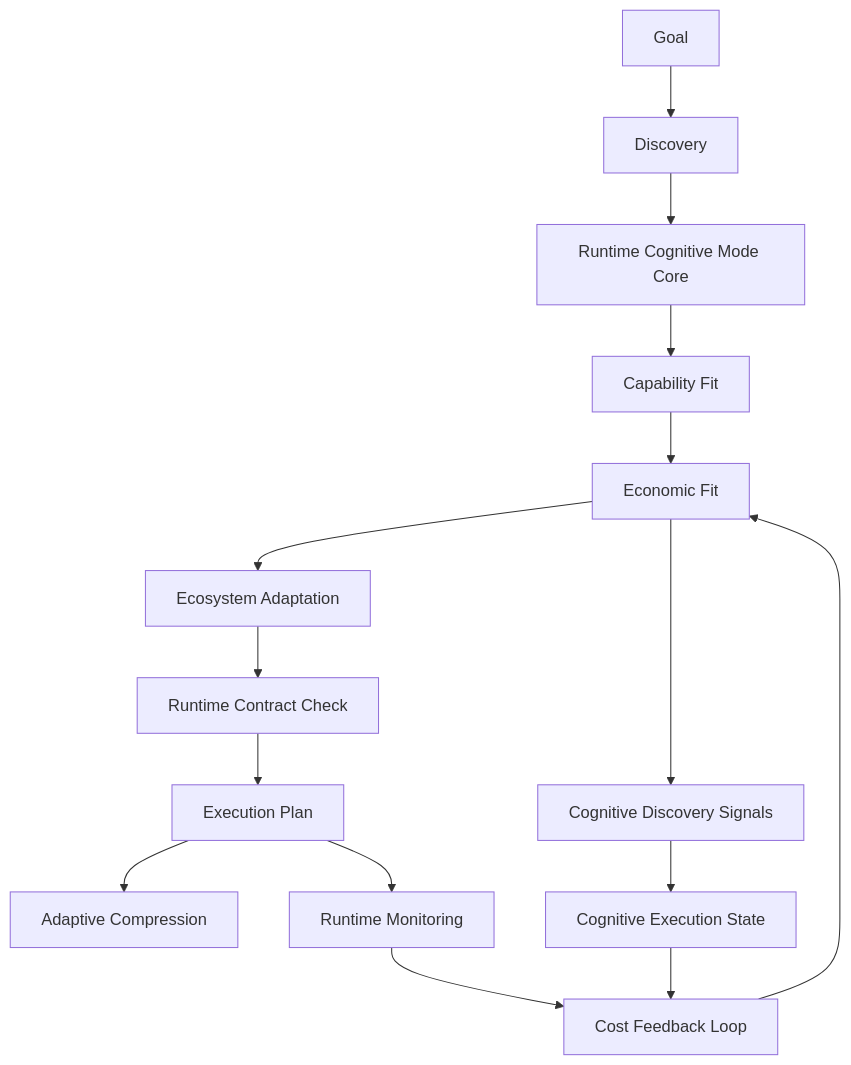
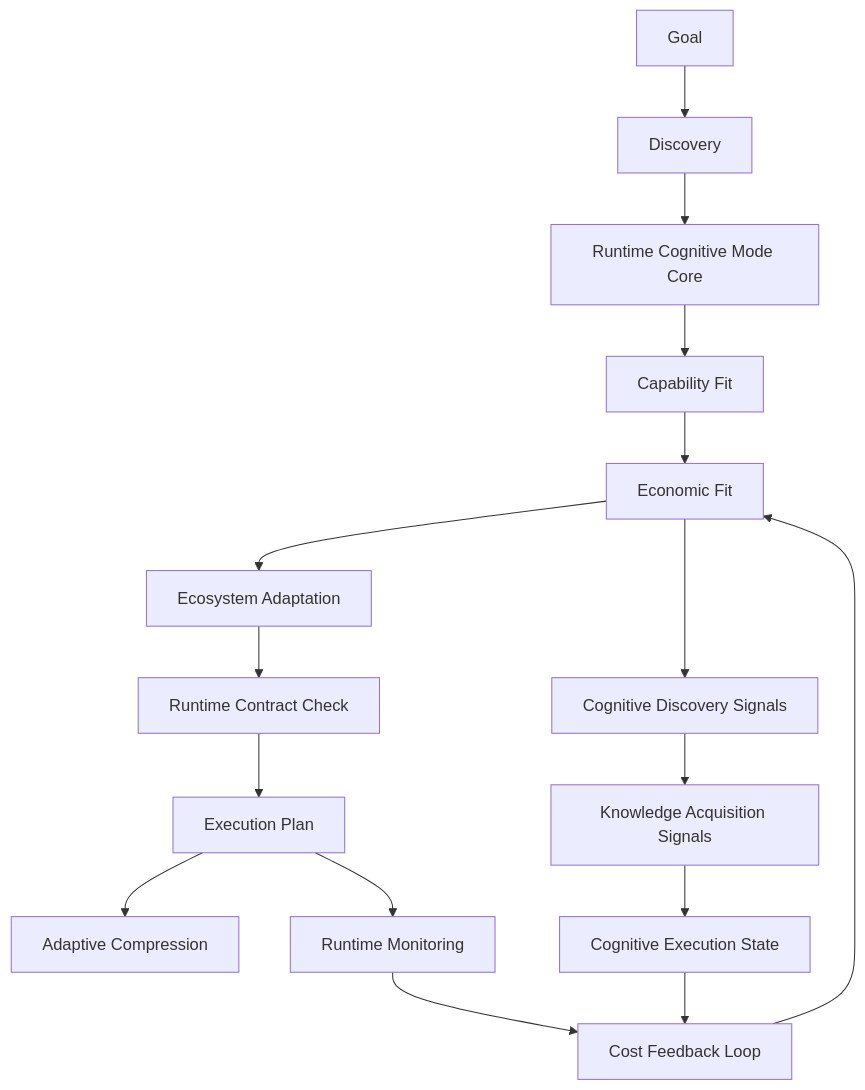
The diagram in plans/active/2026-05-27-1557-tool-runtime-signal-economics-integration.md (linyihong/ai-skill), drawn with Mermaid before and after one commit. The commit also changed other lines of this file, not shown here.

First line of the commit message:
docs(plans): add knowledge acquisition state

````diff
--- a/plans/active/2026-05-27-1557-tool-runtime-signal-economics-integration.md
+++ b/plans/active/2026-05-27-1557-tool-runtime-signal-economics-integration.md
@@ -187,17 +204,18 @@
 ```mermaid
 flowchart TD
   goal["Goal"] --> discovery["Discovery"]
   discovery --> runtimeCore["Runtime Cognitive Mode Core"]
   runtimeCore --> capabilityFit["Capability Fit"]
   capabilityFit --> economicFit["Economic Fit"]
   economicFit --> adaptation["Ecosystem Adaptation"]
   adaptation --> runtimeGuard["Runtime Contract Check"]
   runtimeGuard --> executionPlan["Execution Plan"]
   executionPlan --> adaptiveCompression["Adaptive Compression"]
   executionPlan --> runtimeMonitoring["Runtime Monitoring"]
   runtimeMonitoring --> feedbackLoop["Cost Feedback Loop"]
   feedbackLoop --> economicFit
   economicFit --> cognitiveDiscovery["Cognitive Discovery Signals"]
-  cognitiveDiscovery --> cognitiveState["Cognitive Execution State"]
+  cognitiveDiscovery --> knowledgeAcquisition["Knowledge Acquisition Signals"]
+  knowledgeAcquisition --> cognitiveState["Cognitive Execution State"]
   cognitiveState --> feedbackLoop
 ```
````
